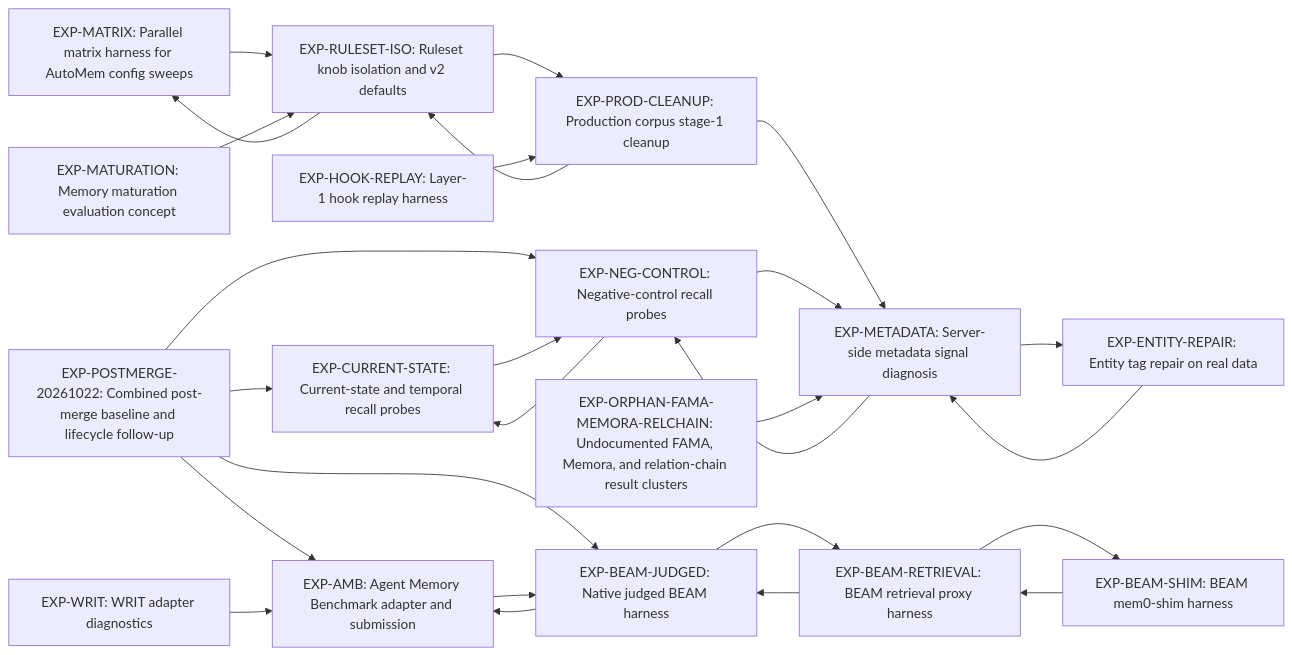
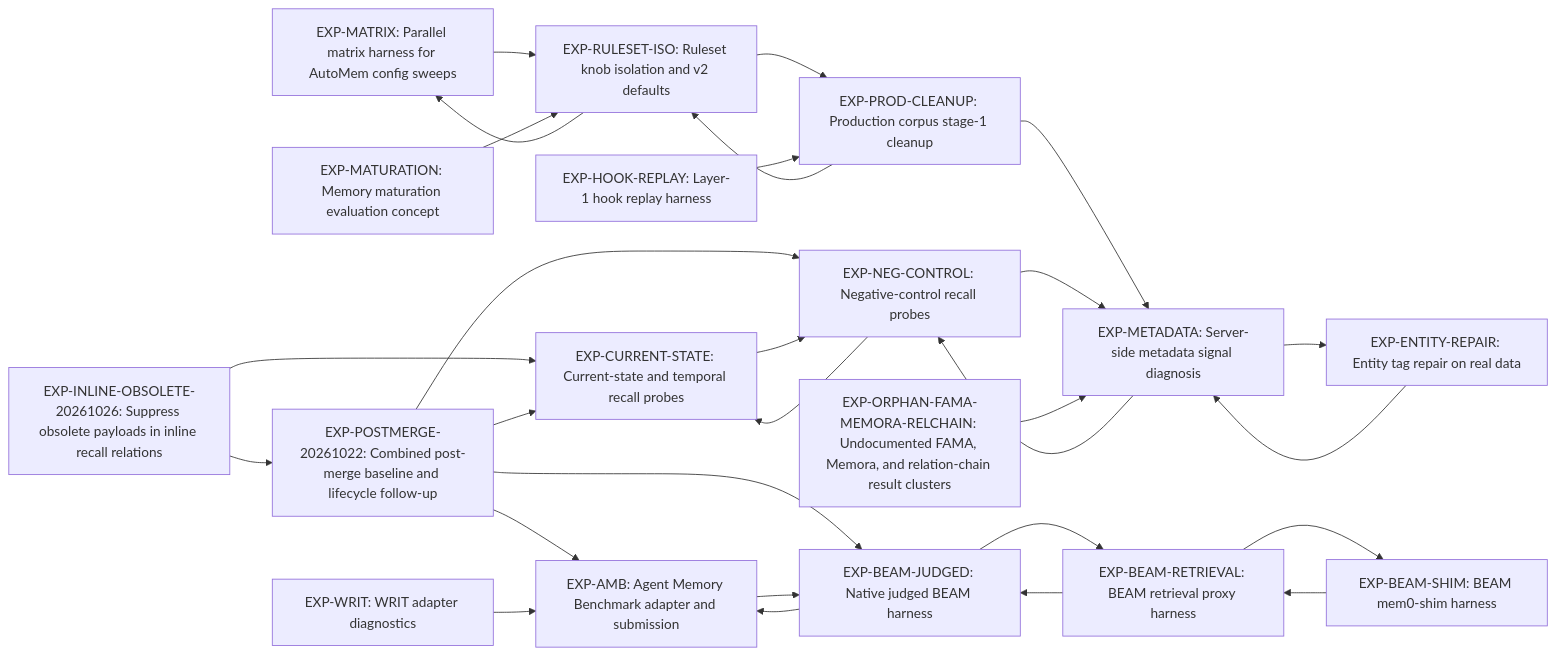
The diagram in docs/experiments/STATUS.md (verygoodplugins/automem-evals), drawn with Mermaid before and after one commit. The commit also changed other lines of this file and 8 other files, not shown here.

Commit message:
test(eval): verify inline obsolete suppression against baseline (#78)

````diff
--- a/docs/experiments/STATUS.md
+++ b/docs/experiments/STATUS.md
@@ -31,44 +32,47 @@
 ```mermaid
 flowchart LR
+  EXP_INLINE_OBSOLETE_20261026["EXP-INLINE-OBSOLETE-20261026: Suppress obsolete payloads in inline recall relations"]
   EXP_POSTMERGE_20261022["EXP-POSTMERGE-20261022: Combined post-merge baseline and lifecycle follow-up"]
   EXP_AMB["EXP-AMB: Agent Memory Benchmark adapter and submission"]
   EXP_MATRIX["EXP-MATRIX: Parallel matrix harness for AutoMem config sweeps"]
   EXP_BEAM_JUDGED["EXP-BEAM-JUDGED: Native judged BEAM harness"]
   EXP_BEAM_RETRIEVAL["EXP-BEAM-RETRIEVAL: BEAM retrieval proxy harness"]
   EXP_BEAM_SHIM["EXP-BEAM-SHIM: BEAM mem0-shim harness"]
   EXP_RULESET_ISO["EXP-RULESET-ISO: Ruleset knob isolation and v2 defaults"]
   EXP_PROD_CLEANUP["EXP-PROD-CLEANUP: Production corpus stage-1 cleanup"]
   EXP_HOOK_REPLAY["EXP-HOOK-REPLAY: Layer-1 hook replay harness"]
   EXP_CURRENT_STATE["EXP-CURRENT-STATE: Current-state and temporal recall probes"]
   EXP_ENTITY_REPAIR["EXP-ENTITY-REPAIR: Entity tag repair on real data"]
   EXP_METADATA["EXP-METADATA: Server-side metadata signal diagnosis"]
   EXP_NEG_CONTROL["EXP-NEG-CONTROL: Negative-control recall probes"]
   EXP_WRIT["EXP-WRIT: WRIT adapter diagnostics"]
   EXP_MATURATION["EXP-MATURATION: Memory maturation evaluation concept"]
   EXP_ORPHAN_FAMA_MEMORA_RELCHAIN["EXP-ORPHAN-FAMA-MEMORA-RELCHAIN: Undocumented FAMA, Memora, and relation-chain result clusters"]
+  EXP_INLINE_OBSOLETE_20261026 --> EXP_POSTMERGE_20261022
+  EXP_INLINE_OBSOLETE_20261026 --> EXP_CURRENT_STATE
   EXP_POSTMERGE_20261022 --> EXP_CURRENT_STATE
   EXP_POSTMERGE_20261022 --> EXP_NEG_CONTROL
   EXP_POSTMERGE_20261022 --> EXP_AMB
   EXP_POSTMERGE_20261022 --> EXP_BEAM_JUDGED
   EXP_AMB --> EXP_BEAM_JUDGED
   EXP_MATRIX --> EXP_RULESET_ISO
   EXP_BEAM_JUDGED --> EXP_BEAM_RETRIEVAL
   EXP_BEAM_JUDGED --> EXP_AMB
   EXP_BEAM_RETRIEVAL --> EXP_BEAM_SHIM
   EXP_BEAM_RETRIEVAL --> EXP_BEAM_JUDGED
   EXP_BEAM_SHIM --> EXP_BEAM_RETRIEVAL
   EXP_RULESET_ISO --> EXP_PROD_CLEANUP
   EXP_RULESET_ISO --> EXP_MATRIX
   EXP_PROD_CLEANUP --> EXP_RULESET_ISO
   EXP_PROD_CLEANUP --> EXP_METADATA
   EXP_HOOK_REPLAY --> EXP_PROD_CLEANUP
   EXP_CURRENT_STATE --> EXP_NEG_CONTROL
   EXP_ENTITY_REPAIR --> EXP_METADATA
   EXP_METADATA --> EXP_ENTITY_REPAIR
   EXP_METADATA --> EXP_NEG_CONTROL
   EXP_NEG_CONTROL --> EXP_METADATA
   EXP_NEG_CONTROL --> EXP_CURRENT_STATE
   EXP_WRIT --> EXP_AMB
   EXP_MATURATION --> EXP_RULESET_ISO
   EXP_ORPHAN_FAMA_MEMORA_RELCHAIN --> EXP_METADATA
 ```
````
